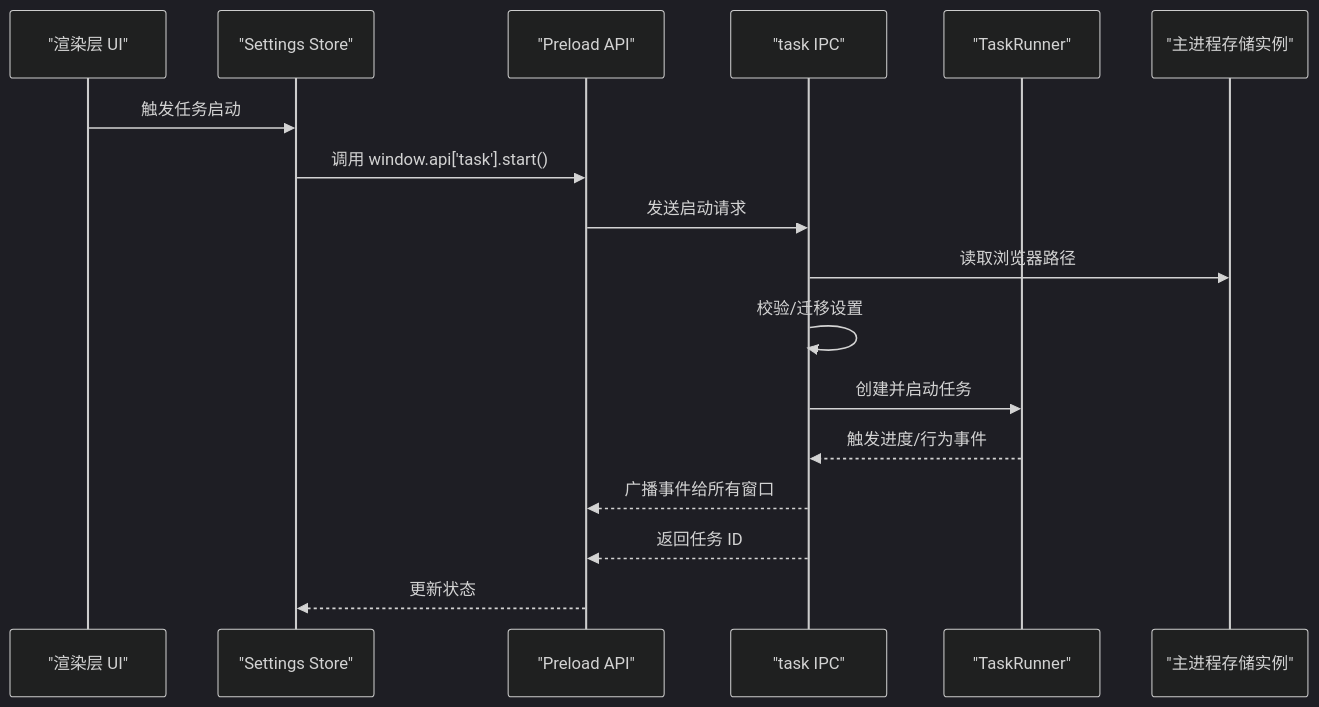
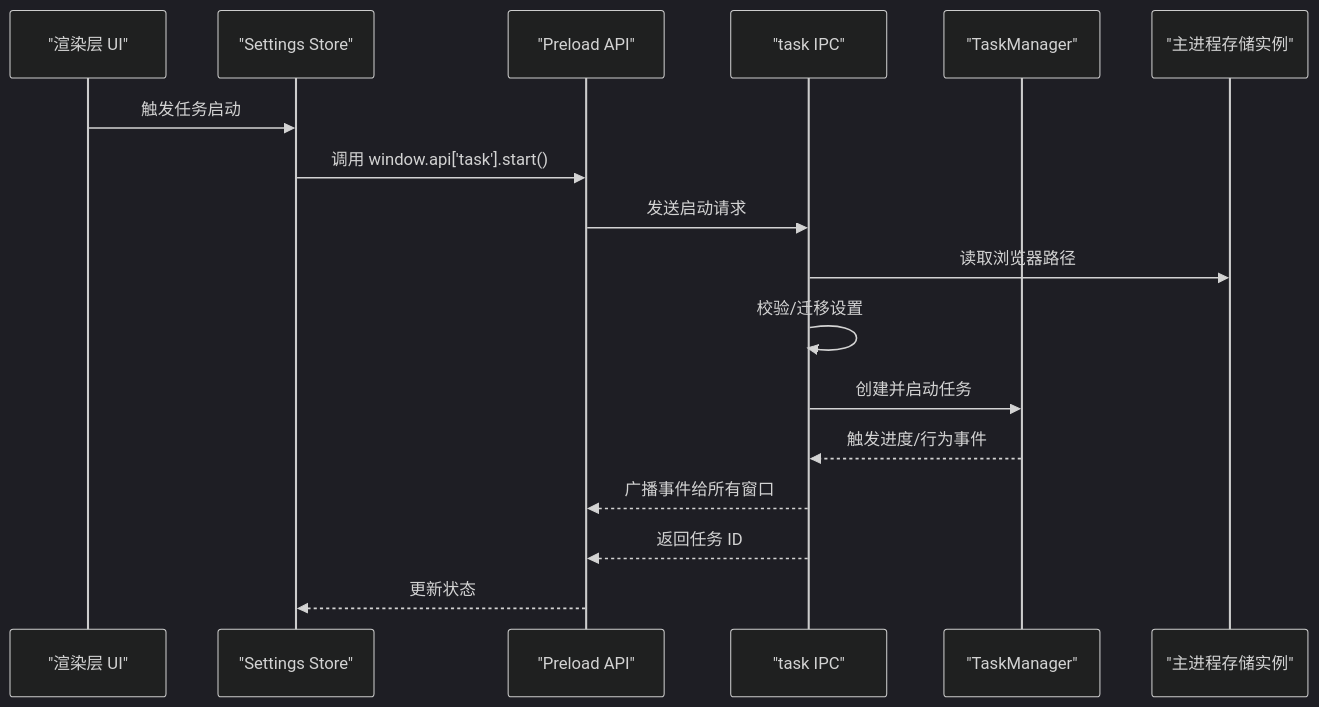
One commit to hipig/autoOps changed the sixth of 8 diagrams in .qoder/repowiki/zh/content/工具和实用程序/本地存储管理.md. Above: the diagram before and after it, drawn with Mermaid (dark theme). The commit also changed other lines of this file and 37 other files, not shown here.

````diff
--- a/.qoder/repowiki/zh/content/工具和实用程序/本地存储管理.md
+++ b/.qoder/repowiki/zh/content/工具和实用程序/本地存储管理.md
@@ -275,19 +258,19 @@
 ```mermaid
 sequenceDiagram
 participant UI as "渲染层 UI"
 participant Store as "Settings Store"
 participant Preload as "Preload API"
 participant TaskIPC as "task IPC"
-participant Runner as "TaskRunner"
+participant Manager as "TaskManager"
 participant StoreMain as "主进程存储实例"
 UI->>Store : 触发任务启动
 Store->>Preload : 调用 window.api['task'].start()
 Preload->>TaskIPC : 发送启动请求
 TaskIPC->>StoreMain : 读取浏览器路径
 TaskIPC->>TaskIPC : 校验/迁移设置
-TaskIPC->>Runner : 创建并启动任务
-Runner-->>TaskIPC : 触发进度/行为事件
+TaskIPC->>Manager : 创建并启动任务
+Manager-->>TaskIPC : 触发进度/行为事件
 TaskIPC-->>Preload : 广播事件给所有窗口
 TaskIPC-->>Preload : 返回任务 ID
 Preload-->>Store : 更新状态
 ```
````
